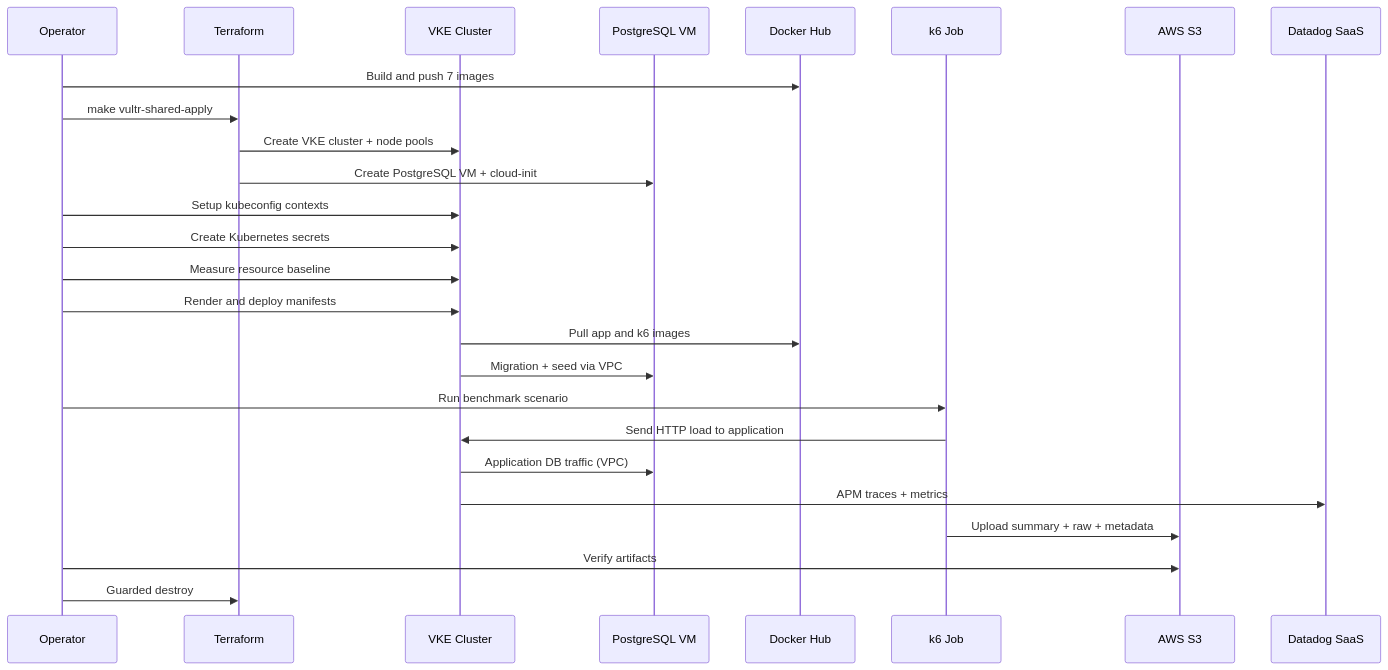
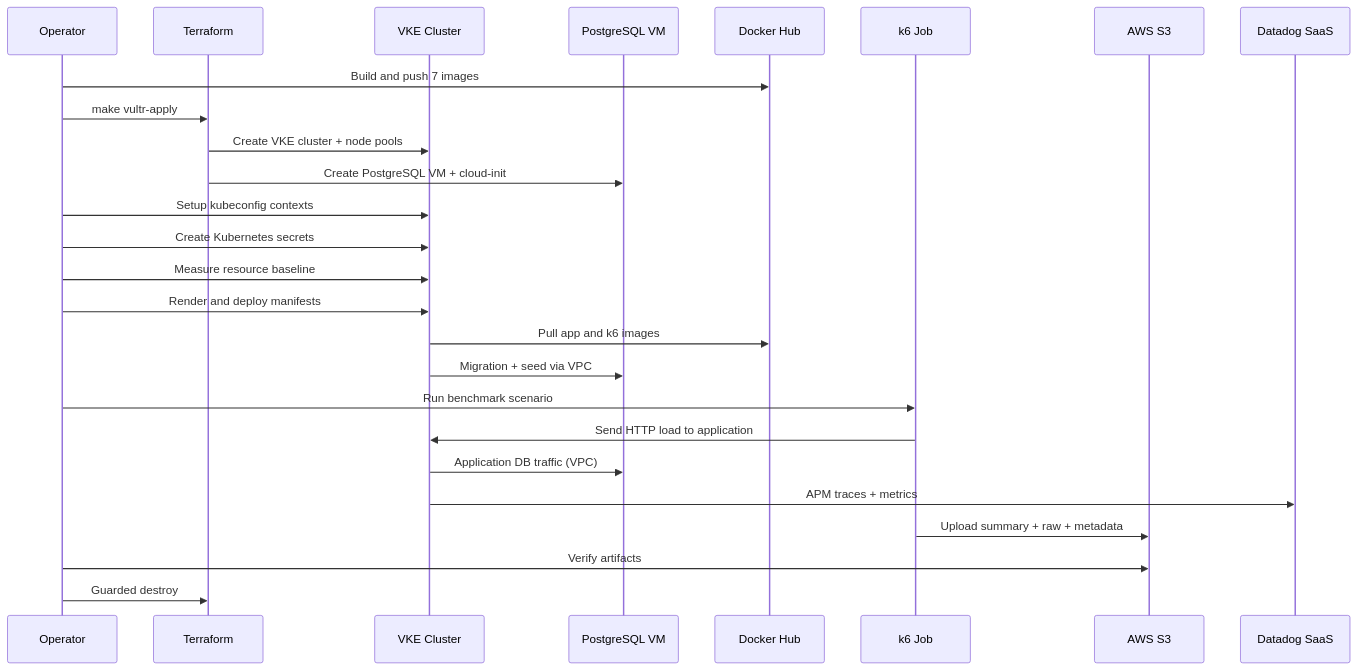
One commit to Ahmad-mufied/monolith-vs-microservice-thesis changed the sixth of 10 diagrams in docs/infrastructure/vultr-complete-architecture.md. Above: the diagram before and after it, drawn with Mermaid. The commit also changed other lines of this file and 40 other files, not shown here.

````diff
--- a/docs/infrastructure/vultr-complete-architecture.md
+++ b/docs/infrastructure/vultr-complete-architecture.md
@@ -629,29 +603,29 @@
 ```mermaid
 sequenceDiagram
   participant Op as Operator
   participant TF as Terraform
   participant VKE as VKE Cluster
   participant PG as PostgreSQL VM
   participant DH as Docker Hub
   participant K6 as k6 Job
   participant S3 as AWS S3
   participant DD as Datadog SaaS
 
   Op->>DH: Build and push 7 images
-  Op->>TF: make vultr-shared-apply
+  Op->>TF: make vultr-apply
   TF->>VKE: Create VKE cluster + node pools
   TF->>PG: Create PostgreSQL VM + cloud-init
   Op->>VKE: Setup kubeconfig contexts
   Op->>VKE: Create Kubernetes secrets
   Op->>VKE: Measure resource baseline
   Op->>VKE: Render and deploy manifests
   VKE->>DH: Pull app and k6 images
   VKE->>PG: Migration + seed via VPC
   Op->>K6: Run benchmark scenario
   K6->>VKE: Send HTTP load to application
   VKE->>PG: Application DB traffic (VPC)
   VKE->>DD: APM traces + metrics
   K6->>S3: Upload summary + raw + metadata
   Op->>S3: Verify artifacts
   Op->>TF: Guarded destroy
 ```
````
